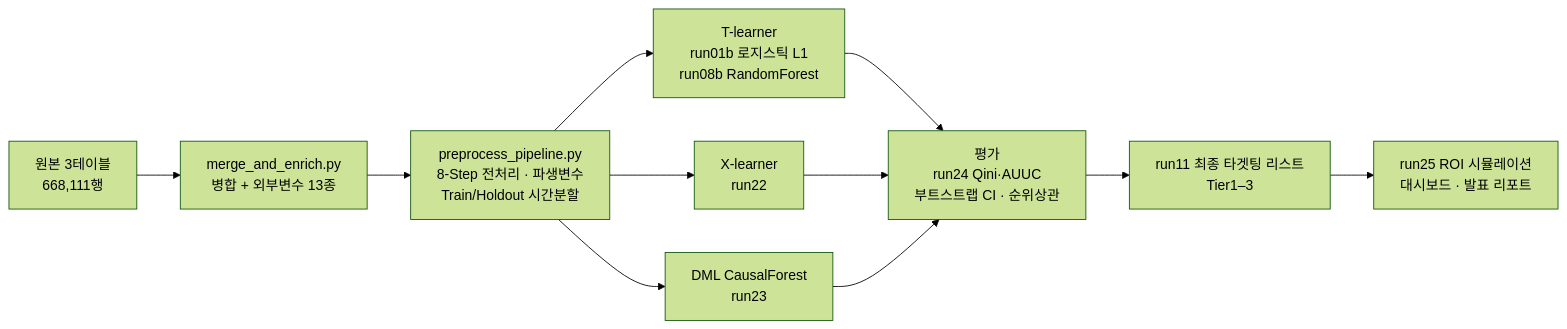
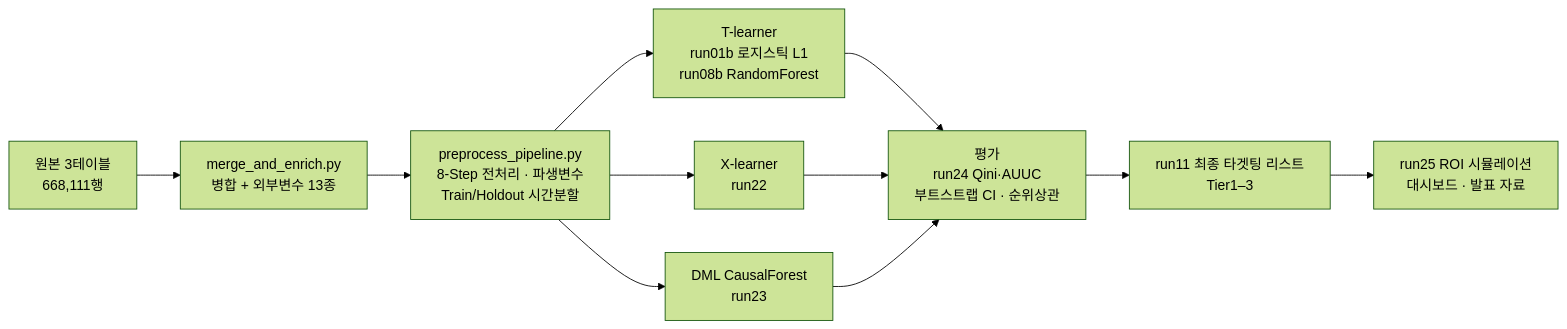
One commit to YangNaang2/E_Commerce_Uplift_Analysis changed the diagram in docs/기술_상세_문서.md. Above: the diagram before and after it, drawn with Mermaid (forest theme). The commit also changed other lines of this file and 1 other file, not shown here.

````diff
--- a/docs/기술_상세_문서.md
+++ b/docs/기술_상세_문서.md
@@ -58,13 +58,13 @@
 ```mermaid
 flowchart LR
     A["원본 3테이블<br/>668,111행"] --> B["merge_and_enrich.py<br/>병합 + 외부변수 13종"]
     B --> C["preprocess_pipeline.py<br/>8-Step 전처리 · 파생변수<br/>Train/Holdout 시간분할"]
     C --> D["T-learner<br/>run01b 로지스틱 L1<br/>run08b RandomForest"]
     C --> E["X-learner<br/>run22"]
     C --> F["DML CausalForest<br/>run23"]
     D --> G["평가<br/>run24 Qini·AUUC<br/>부트스트랩 CI · 순위상관"]
     E --> G
     F --> G
     G --> H["run11 최종 타겟팅 리스트<br/>Tier1–3"]
-    H --> I["run25 ROI 시뮬레이션<br/>대시보드 · 발표 리포트"]
+    H --> I["run25 ROI 시뮬레이션<br/>대시보드 · 발표 자료"]
 ```
````
